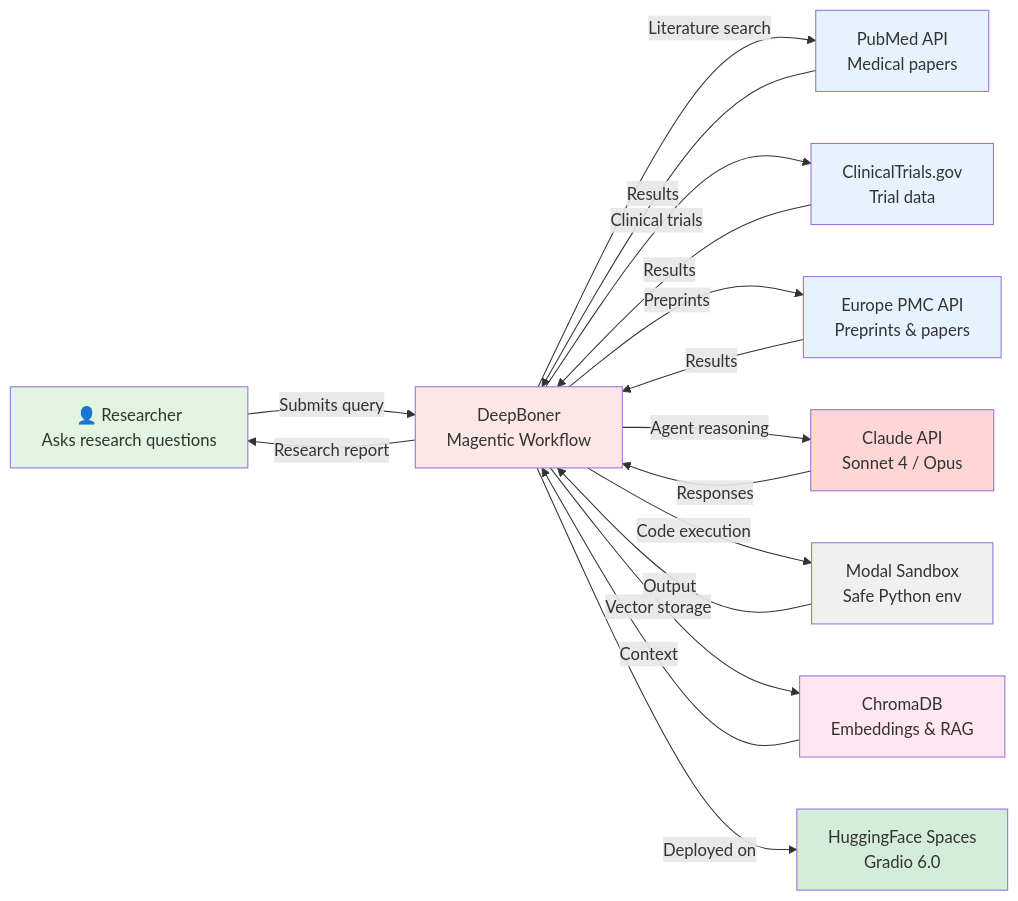
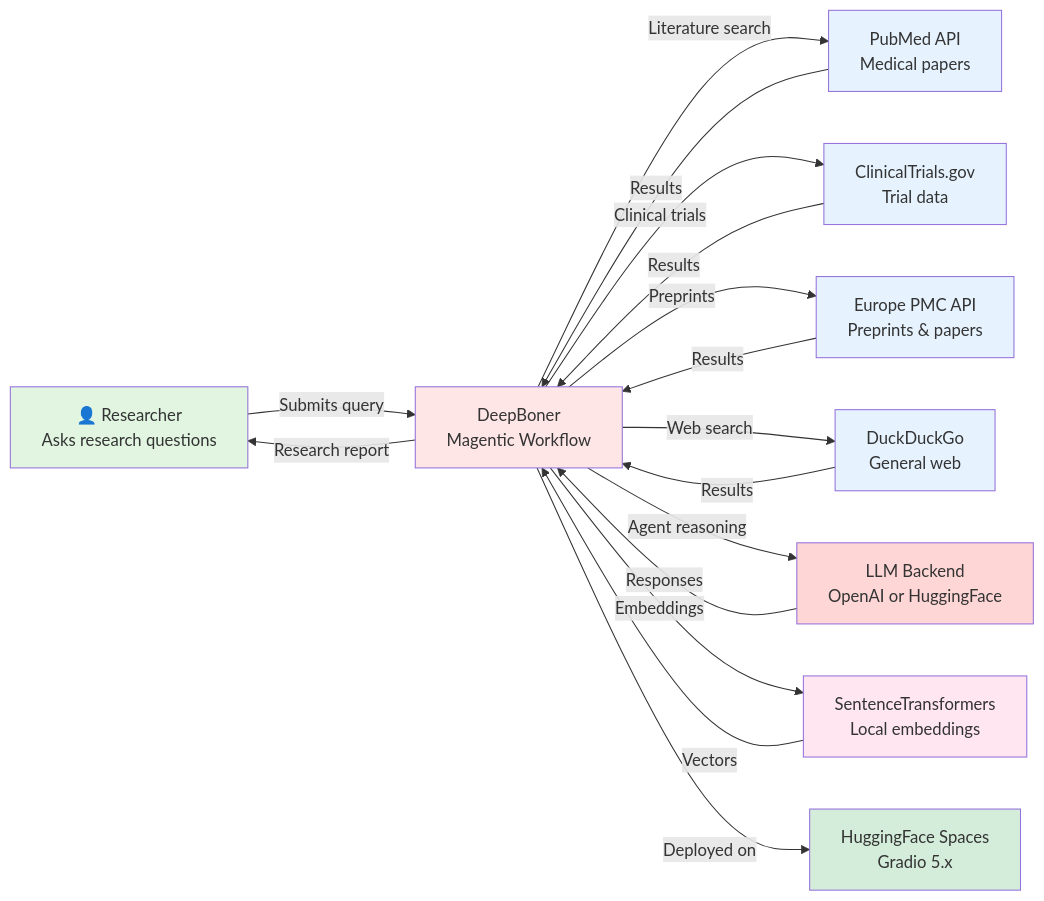
Before and after one commit to The-Obstacle-Is-The-Way/DeepBoner: diagram 14 of 15 in docs/architecture/workflow-diagrams.md, drawn with Mermaid. The commit also changed other lines of this file and 5 other files, not shown here.

First line of the commit message:
docs: Remove outdated architecture and guide documents

````diff
--- a/docs/architecture/workflow-diagrams.md
+++ b/docs/architecture/workflow-diagrams.md
@@ -515,32 +529,32 @@
 ```mermaid
 graph LR
     User[👤 Researcher<br/>Asks research questions] -->|Submits query| DC[DeepBoner<br/>Magentic Workflow]
 
     DC -->|Literature search| PubMed[PubMed API<br/>Medical papers]
     DC -->|Clinical trials| Trials[ClinicalTrials.gov<br/>Trial data]
     DC -->|Preprints| EuropePMC[Europe PMC API<br/>Preprints & papers]
-    DC -->|Agent reasoning| Claude[Claude API<br/>Sonnet 4 / Opus]
-    DC -->|Code execution| Modal[Modal Sandbox<br/>Safe Python env]
-    DC -->|Vector storage| Chroma[ChromaDB<br/>Embeddings & RAG]
+    DC -->|Web search| DDG[DuckDuckGo<br/>General web]
+    DC -->|Agent reasoning| LLM[LLM Backend<br/>OpenAI or HuggingFace]
+    DC -->|Embeddings| Embed[SentenceTransformers<br/>Local embeddings]
 
-    DC -->|Deployed on| HF[HuggingFace Spaces<br/>Gradio 6.0]
+    DC -->|Deployed on| HF[HuggingFace Spaces<br/>Gradio 5.x]
 
     PubMed -->|Results| DC
     Trials -->|Results| DC
     EuropePMC -->|Results| DC
-    Claude -->|Responses| DC
-    Modal -->|Output| DC
-    Chroma -->|Context| DC
+    DDG -->|Results| DC
+    LLM -->|Responses| DC
+    Embed -->|Vectors| DC
 
     DC -->|Research report| User
 
     style User fill:#e1f5e1
     style DC fill:#ffe6e6
     style PubMed fill:#e6f3ff
     style Trials fill:#e6f3ff
     style EuropePMC fill:#e6f3ff
-    style Claude fill:#ffd6d6
-    style Modal fill:#f0f0f0
-    style Chroma fill:#ffe6f0
+    style DDG fill:#e6f3ff
+    style LLM fill:#ffd6d6
+    style Embed fill:#ffe6f0
     style HF fill:#d4edda
 ```
````
